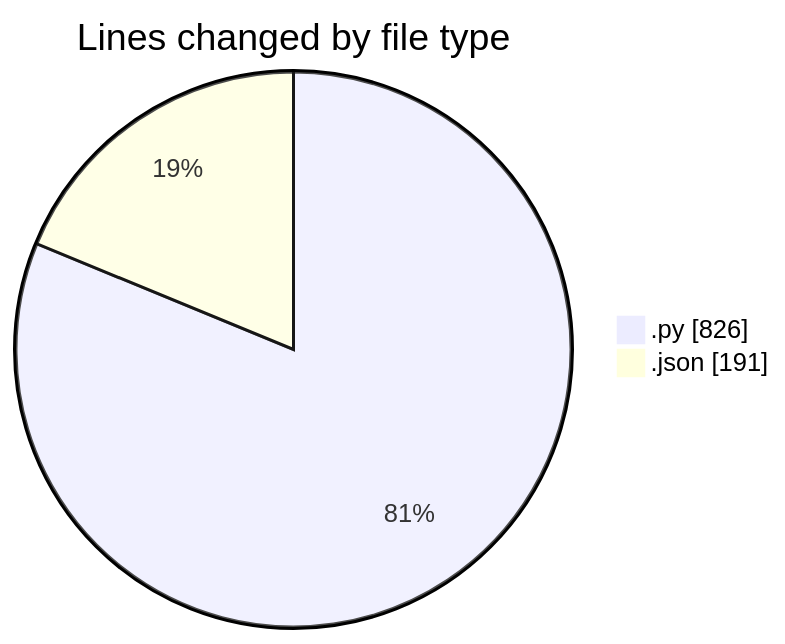
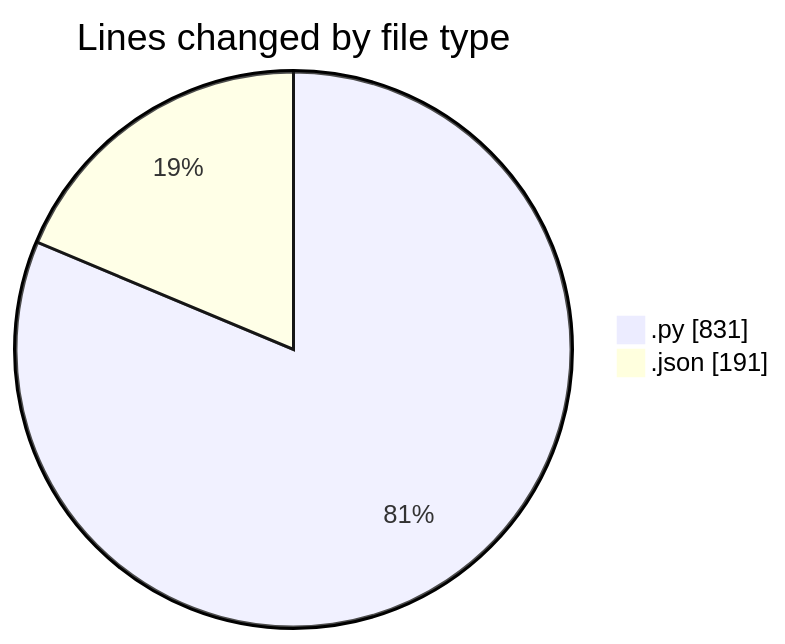
Before and after one commit to trdunsworth/code-tracking: the first of 2 diagrams in 2025-04-24/synth_911data_gen/README.md, drawn with Mermaid. The commit also changed other lines of this file and 1 other file, not shown here.

````diff
--- a/2025-04-24/synth_911data_gen/README.md
+++ b/2025-04-24/synth_911data_gen/README.md
@@ -22,6 +22,6 @@
 ```mermaid
 pie showData
 title Lines changed by file type
-".py" : 826
+".py" : 831
 ".json" : 191
 ```
````
